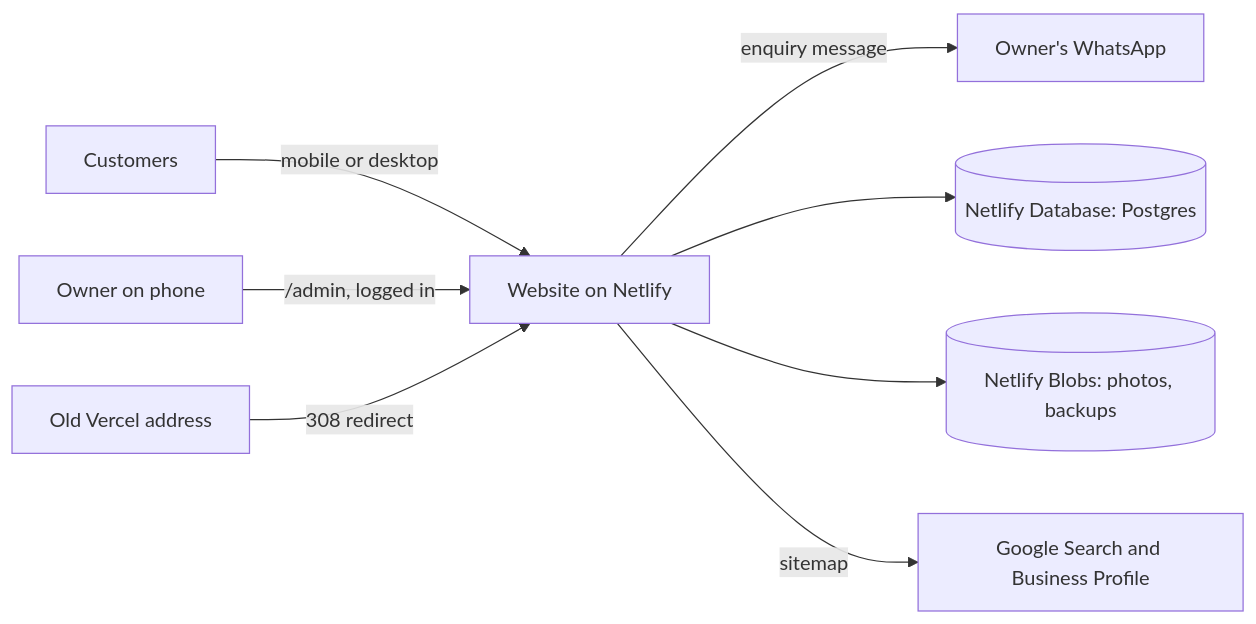
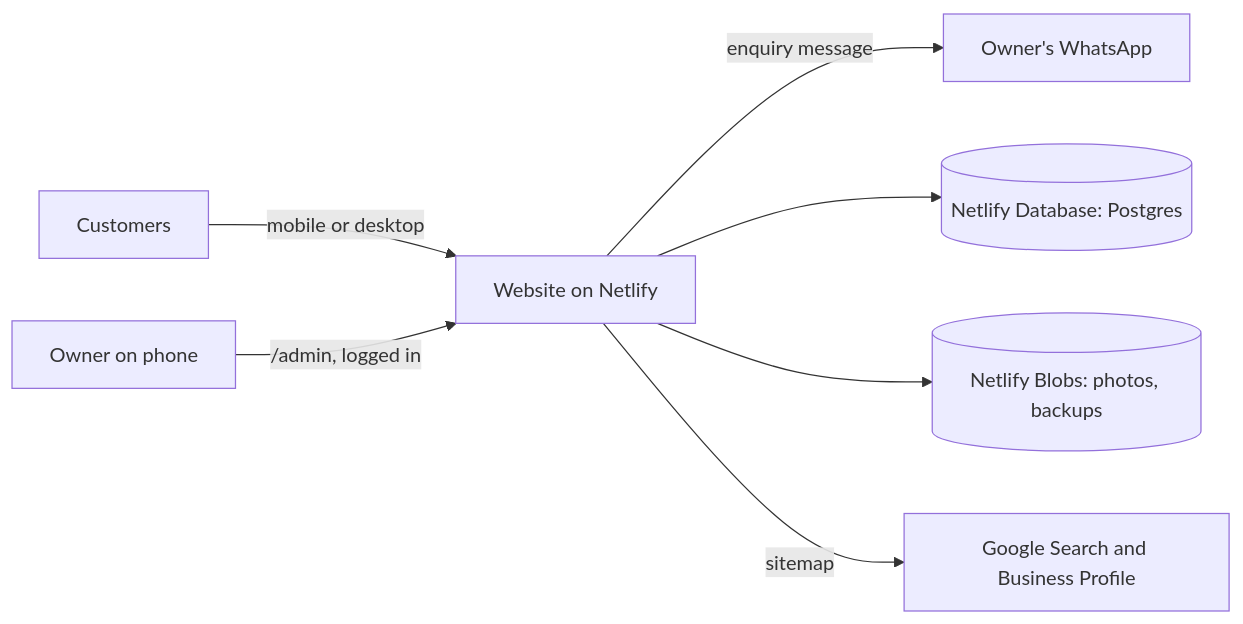
One commit to shubhamdsk/shree-balaji-paints-plywood-hardware changed the first of 3 diagrams in docs/ARCHITECTURE.md. Above: the diagram before and after it, drawn with Mermaid. The commit also changed other lines of this file and 7 other files, not shown here.

````diff
--- a/docs/ARCHITECTURE.md
+++ b/docs/ARCHITECTURE.md
@@ -27,10 +27,9 @@
 ```mermaid
 flowchart LR
   Customers[Customers] -->|mobile or desktop| Site[Website on Netlify]
   Site -->|enquiry message| WhatsApp[Owner's WhatsApp]
   Owner[Owner on phone] -->|/admin, logged in| Site
   Site --> DB[(Netlify Database: Postgres)]
   Site --> Blobs[(Netlify Blobs: photos, backups)]
   Site -->|sitemap| Google[Google Search and Business Profile]
-  OldLink[Old Vercel address] -->|308 redirect| Site
 ```
````
